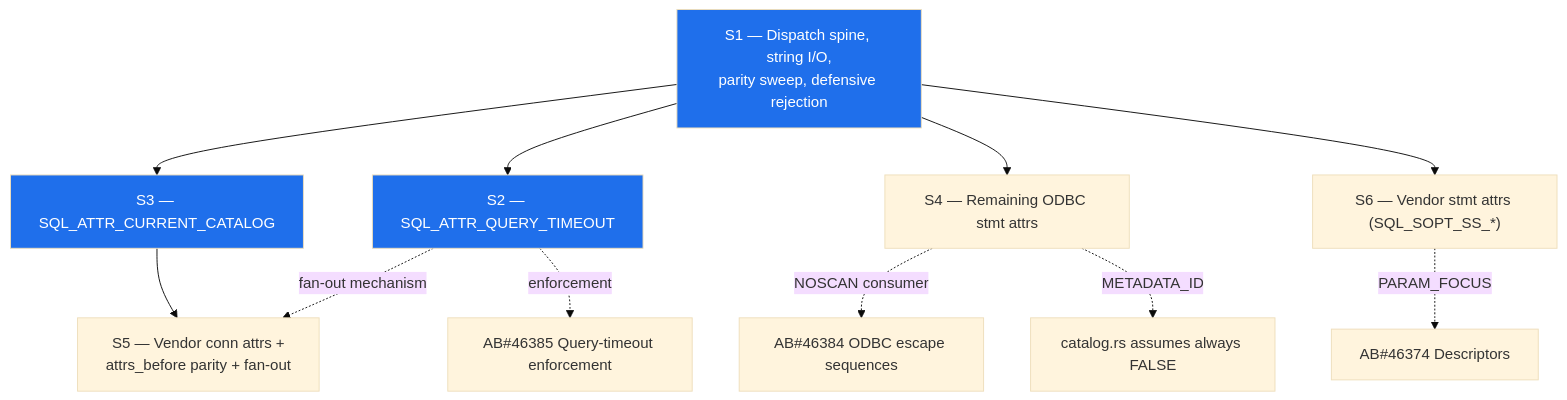
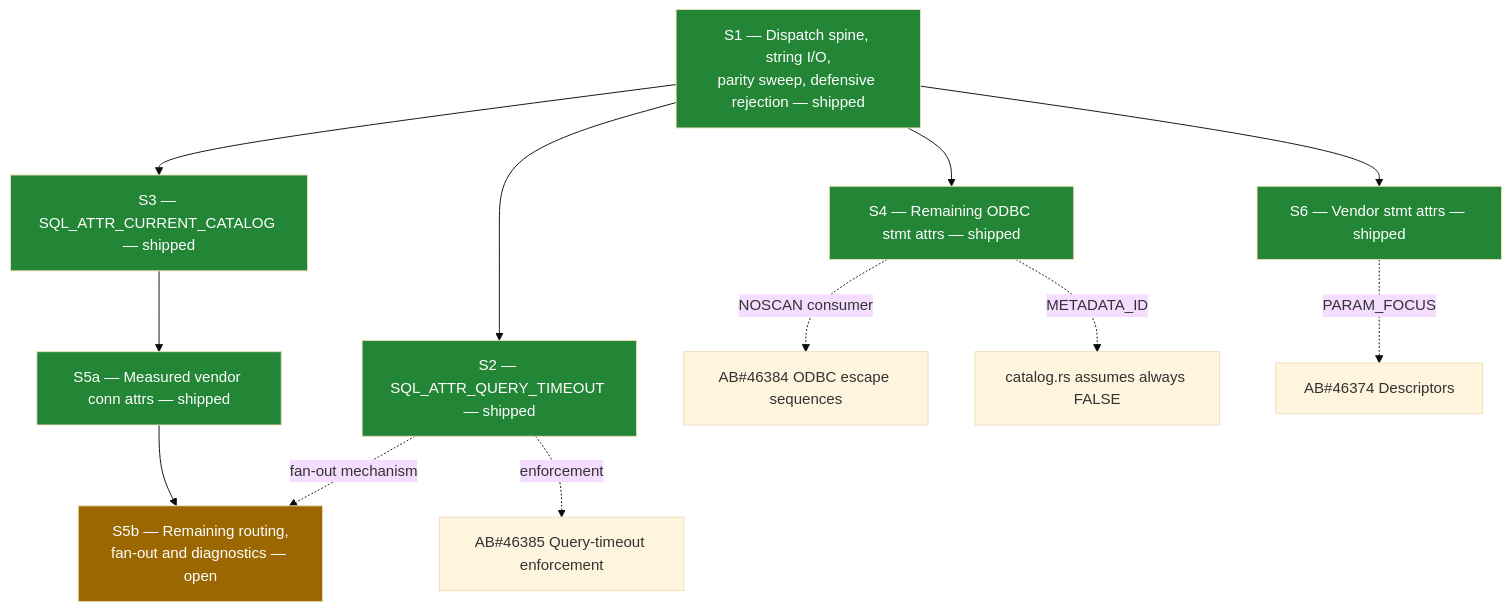
Before and after one commit to microsoft/mssql-rs: the diagram in mssql-odbc/docs/attributes_plan.md, drawn with Mermaid (base theme). The commit also changed other lines of this file and 13 other files, not shown here.

````diff
--- a/mssql-odbc/docs/attributes_plan.md
+++ b/mssql-odbc/docs/attributes_plan.md
@@ -663,25 +675,28 @@
 ```mermaid
 flowchart TD
-    S1["S1 — Dispatch spine, string I/O,<br/>parity sweep, defensive rejection"]
-    S2["S2 — SQL_ATTR_QUERY_TIMEOUT"]
-    S3["S3 — SQL_ATTR_CURRENT_CATALOG"]
-    S4["S4 — Remaining ODBC stmt attrs"]
-    S5["S5 — Vendor conn attrs +<br/>attrs_before parity + fan-out"]
-    S6["S6 — Vendor stmt attrs (SQL_SOPT_SS_*)"]
+    S1["S1 — Dispatch spine, string I/O,<br/>parity sweep, defensive rejection — shipped"]
+    S2["S2 — SQL_ATTR_QUERY_TIMEOUT — shipped"]
+    S3["S3 — SQL_ATTR_CURRENT_CATALOG — shipped"]
+    S4["S4 — Remaining ODBC stmt attrs — shipped"]
+    S5a["S5a — Measured vendor conn attrs — shipped"]
+    S5b["S5b — Remaining routing,<br/>fan-out and diagnostics — open"]
+    S6["S6 — Vendor stmt attrs — shipped"]
 
     S1 --> S2
     S1 --> S3
     S1 --> S4
     S1 --> S6
-    S3 --> S5
-    S2 -.->|fan-out mechanism| S5
+    S3 --> S5a
+    S5a --> S5b
+    S2 -.->|fan-out mechanism| S5b
 
     S2 -.->|enforcement| E1["AB#46385 Query-timeout enforcement"]
     S4 -.->|NOSCAN consumer| E2["AB#46384 ODBC escape sequences"]
     S4 -.->|METADATA_ID| E3["catalog.rs assumes always FALSE"]
     S6 -.->|PARAM_FOCUS| E4["AB#46374 Descriptors"]
 
-    style S1 fill:#1f6feb,color:#fff
-    style S2 fill:#1f6feb,color:#fff
-    style S3 fill:#1f6feb,color:#fff
+    classDef shipped fill:#238636,color:#fff
+    classDef open fill:#9a6700,color:#fff
+    class S1,S2,S3,S4,S5a,S6 shipped
+    class S5b open
 ```
````
